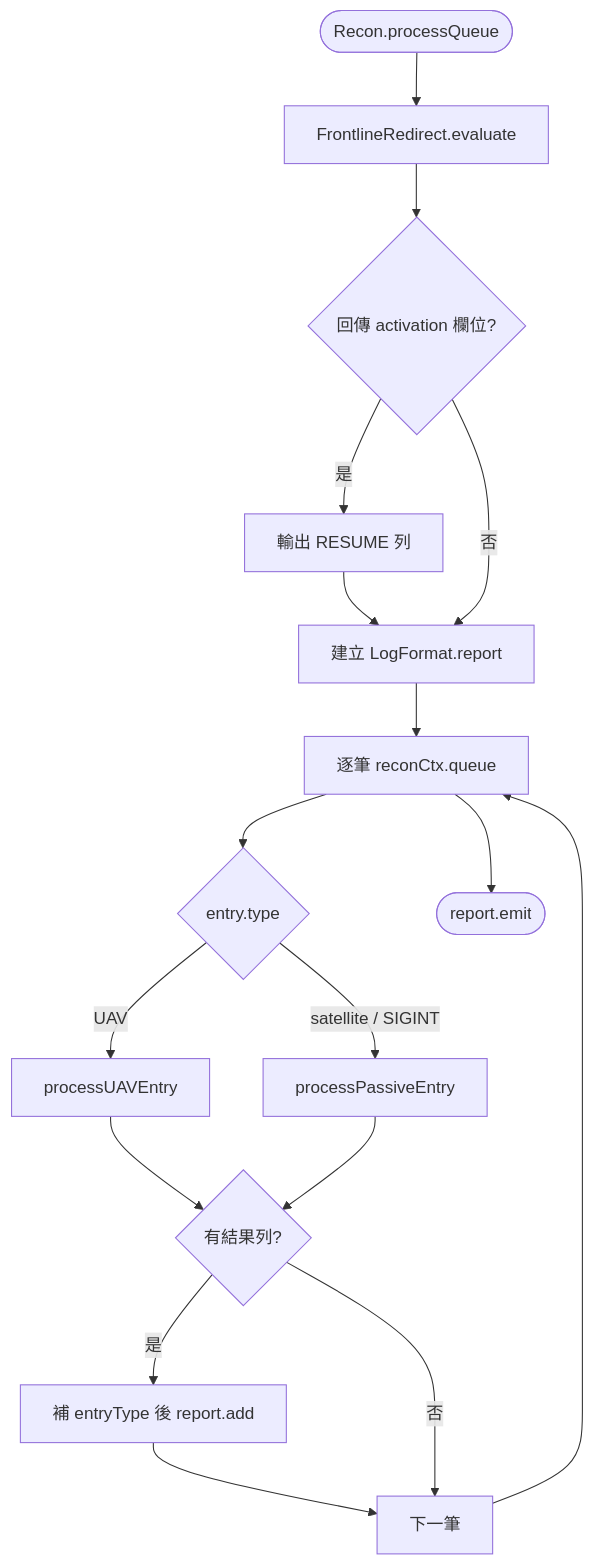
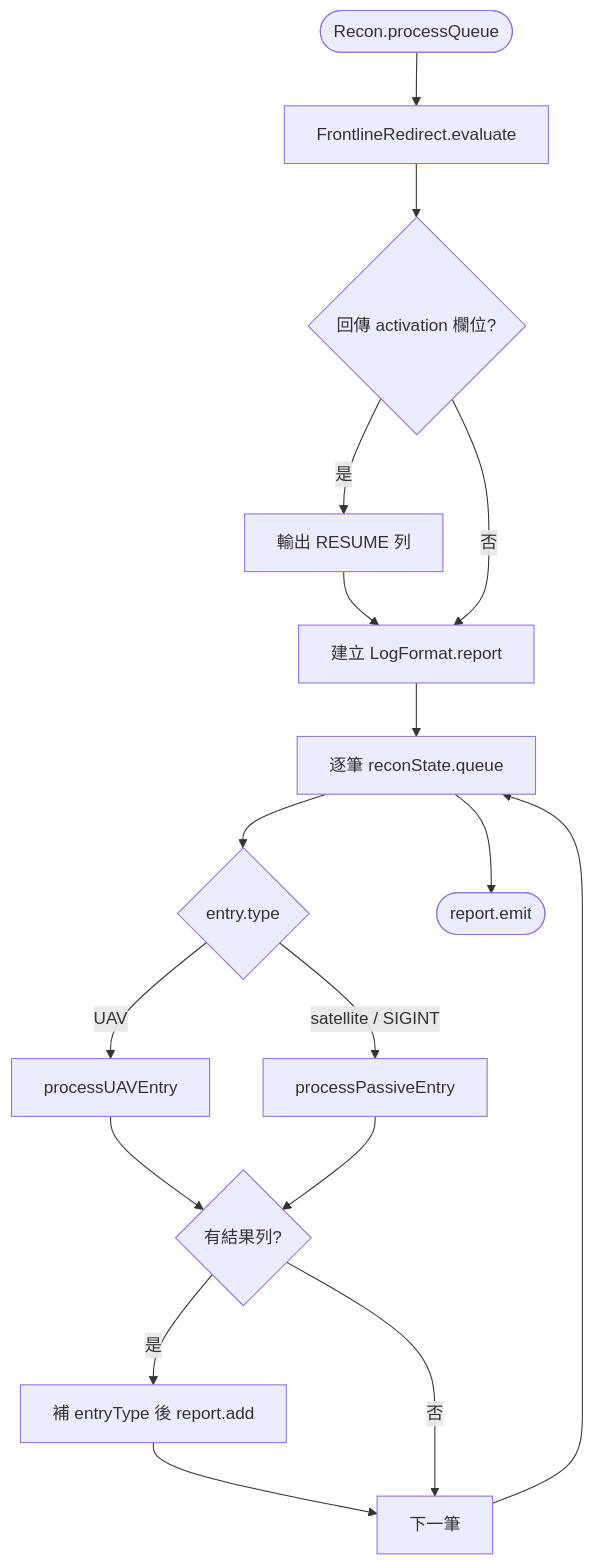
The third of 4 diagrams in docs/strikePlanner/recon.md (pullupjumper/formosa-in-flames), drawn with Mermaid before and after one commit. The commit also changed other lines of this file and 67 other files, not shown here.

````diff
--- a/docs/strikePlanner/recon.md
+++ b/docs/strikePlanner/recon.md
@@ -147,27 +147,27 @@
 ```mermaid
 flowchart TD
     TICK(["Recon.processQueue"])
     EVAL["FrontlineRedirect.evaluate"]
     ACT{"回傳 activation 欄位?"}
     ACTLOG["輸出 RESUME 列"]
     REPORT["建立 LogFormat.report"]
-    LOOP["逐筆 reconCtx.queue"]
+    LOOP["逐筆 reconState.queue"]
     TYPE{"entry.type"}
     UAV["processUAVEntry"]
     PASSIVE["processPassiveEntry"]
     HASROW{"有結果列?"}
     ADD["補 entryType 後 report.add"]
     NEXT["下一筆"]
     EMIT(["report.emit"])
 
     TICK --> EVAL --> ACT
     ACT -->|是| ACTLOG --> REPORT
     ACT -->|否| REPORT
     REPORT --> LOOP --> TYPE
     TYPE -->|UAV| UAV --> HASROW
     TYPE -->|satellite / SIGINT| PASSIVE --> HASROW
     HASROW -->|是| ADD --> NEXT
     HASROW -->|否| NEXT
     NEXT --> LOOP
     LOOP --> EMIT
 ```
````
